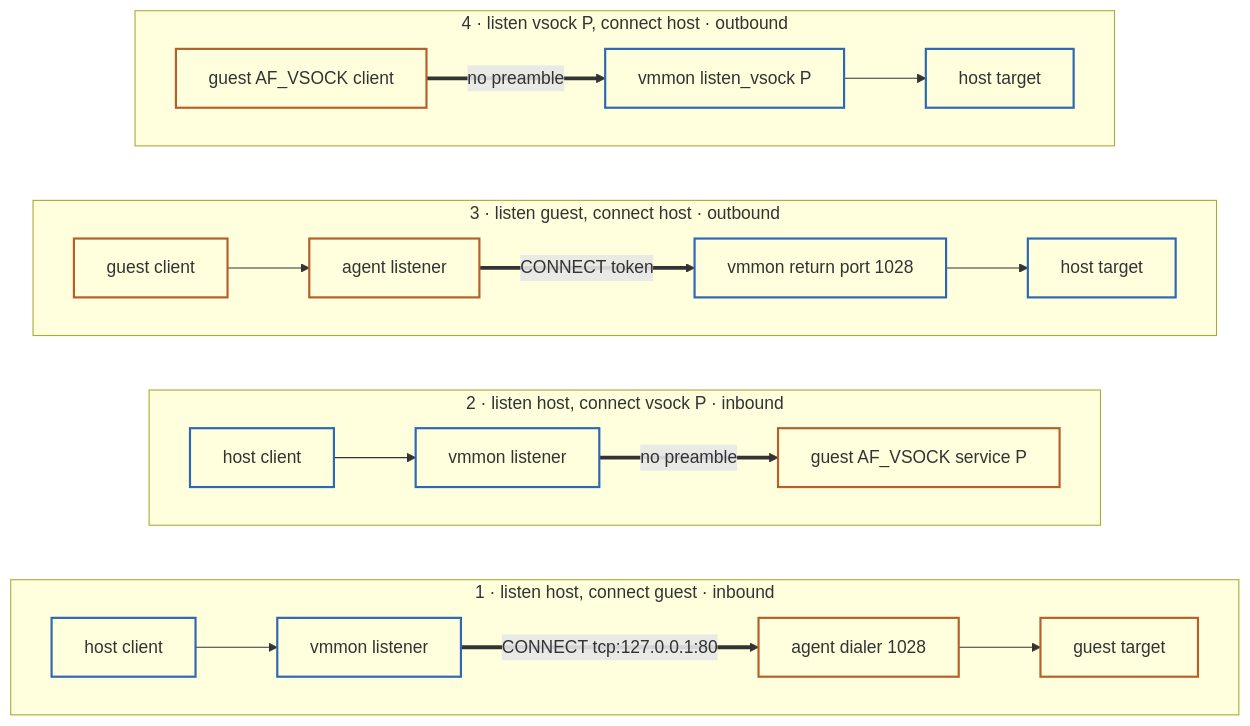
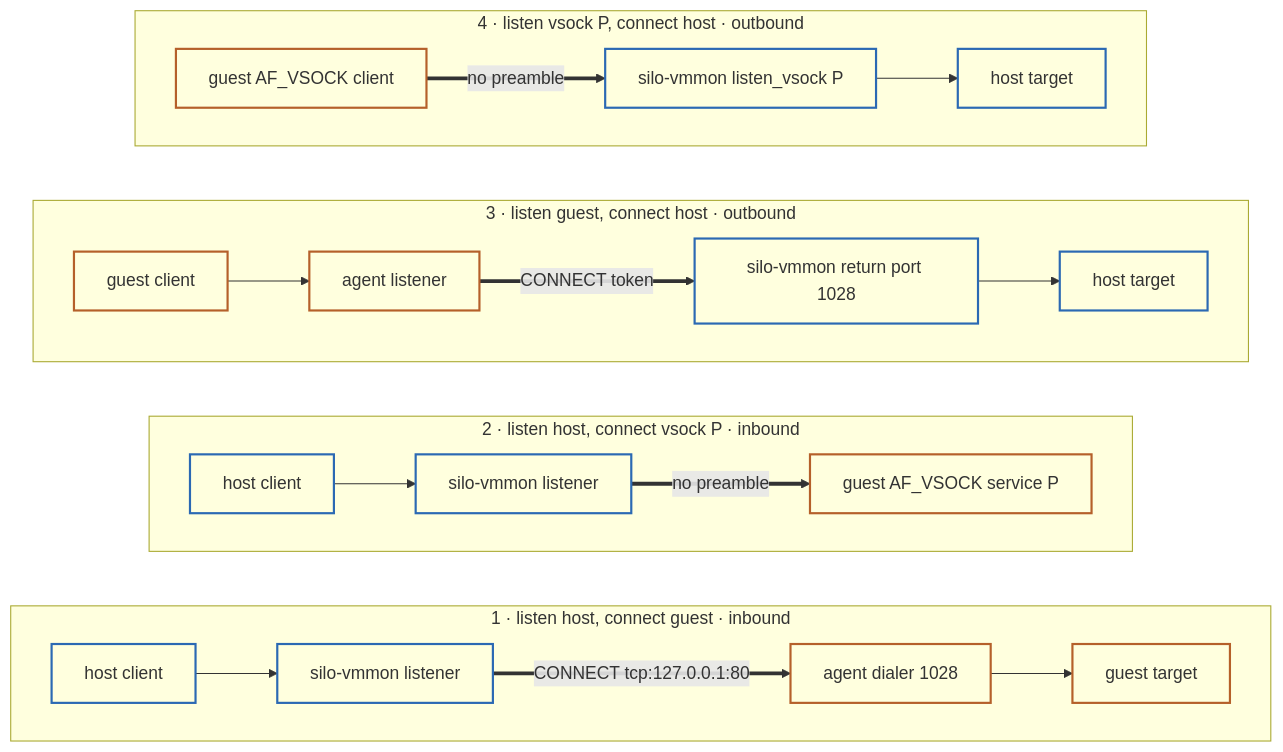
One commit to vandycknick/silo changed the eighth of 9 diagrams in docs/adr/0016-vsock-forwards-and-netd-publications.md. Above: the diagram before and after it, drawn with Mermaid. The commit also changed other lines of this file and 34 other files, not shown here.

First line of the commit message:
docs: single state root, silo-vmmon contract, and rename

````diff
--- a/docs/adr/0016-vsock-forwards-and-netd-publications.md
+++ b/docs/adr/0016-vsock-forwards-and-netd-publications.md
@@ -497,23 +497,23 @@
 ```mermaid
 flowchart LR
   subgraph S1["1 · listen host, connect guest · inbound"]
     direction LR
-    c1["host client"] --> v1["vmmon listener"] ==>|"CONNECT tcp:127.0.0.1:80"| a1["agent dialer 1028"] --> t1["guest target"]
+    c1["host client"] --> v1["silo-vmmon listener"] ==>|"CONNECT tcp:127.0.0.1:80"| a1["agent dialer 1028"] --> t1["guest target"]
   end
   subgraph S2["2 · listen host, connect vsock P · inbound"]
     direction LR
-    c2["host client"] --> v2["vmmon listener"] ==>|"no preamble"| g2["guest AF_VSOCK service P"]
+    c2["host client"] --> v2["silo-vmmon listener"] ==>|"no preamble"| g2["guest AF_VSOCK service P"]
   end
   subgraph S3["3 · listen guest, connect host · outbound"]
     direction LR
-    g3["guest client"] --> a3["agent listener"] ==>|"CONNECT token"| v3["vmmon return port 1028"] --> h3["host target"]
+    g3["guest client"] --> a3["agent listener"] ==>|"CONNECT token"| v3["silo-vmmon return port 1028"] --> h3["host target"]
   end
   subgraph S4["4 · listen vsock P, connect host · outbound"]
     direction LR
-    g4["guest AF_VSOCK client"] ==>|"no preamble"| v4["vmmon listen_vsock P"] --> h4["host target"]
+    g4["guest AF_VSOCK client"] ==>|"no preamble"| v4["silo-vmmon listen_vsock P"] --> h4["host target"]
   end
   classDef host stroke:#2b69b3,stroke-width:2px,fill:none
   classDef guest stroke:#b5602a,stroke-width:2px,fill:none
   class v1,v2,v3,v4,h3,h4,c1,c2 host
   class a1,t1,g2,g3,a3,g4 guest
 ```
````
